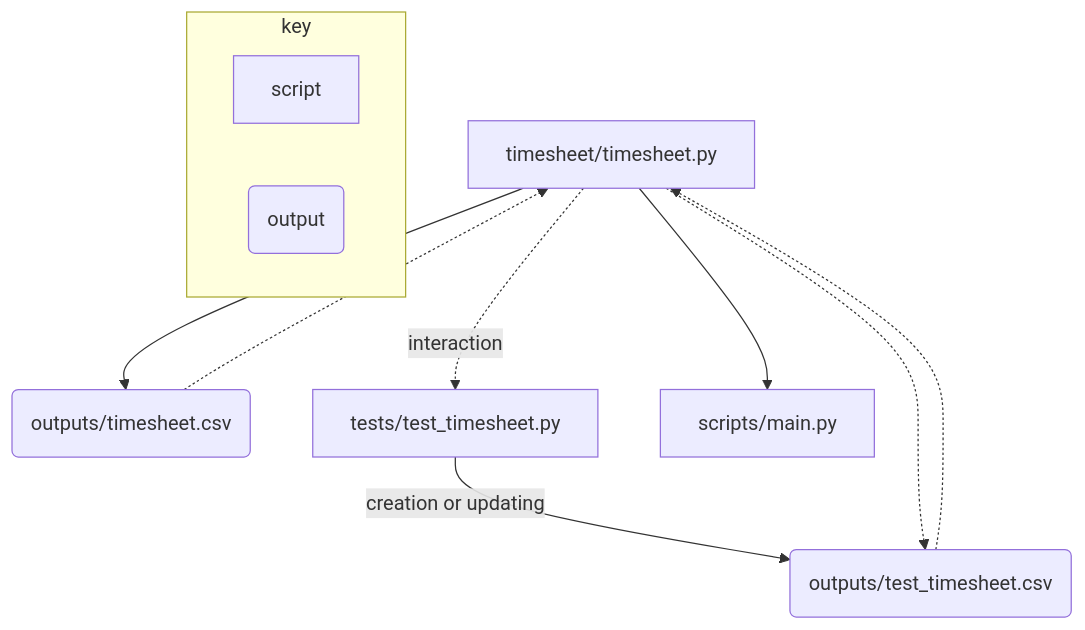
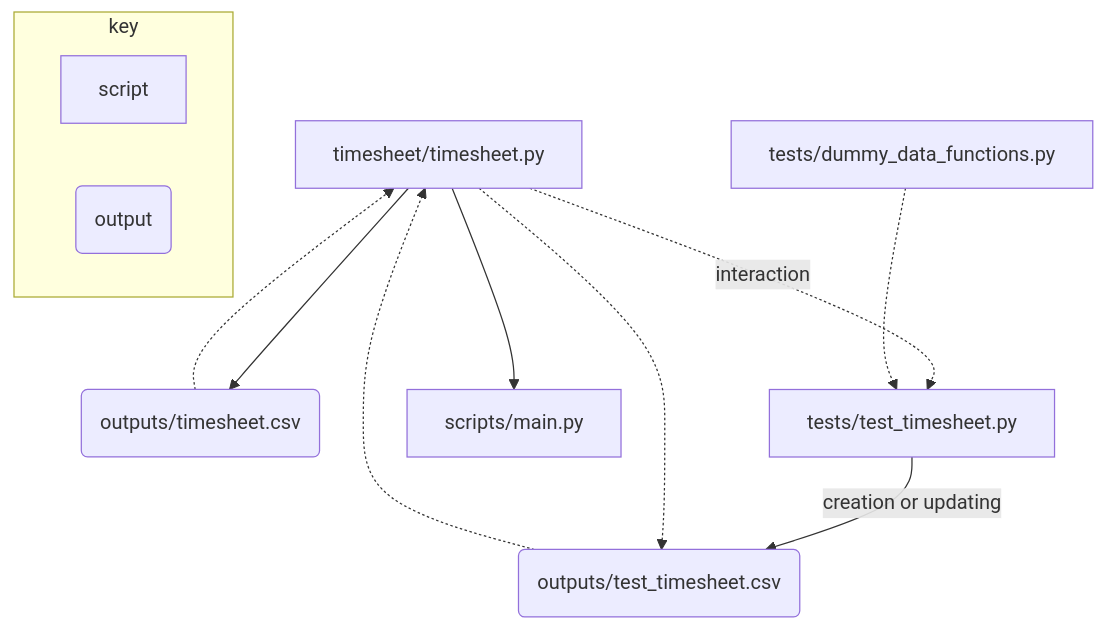
Before and after one commit to JosephCrispell/timesheet: the diagram in README.md, drawn with Mermaid.

````diff
--- a/README.md
+++ b/README.md
@@ -41,14 +41,15 @@
 ```mermaid
   graph TD
     timesheet[timesheet/timesheet.py] --> data(outputs/timesheet.csv);
     data .-> timesheet;
     timesheet .->|interaction| test_timesheet[tests/test_timesheet.py];
+    dummy_data_functions[tests/dummy_data_functions.py] .-> test_timesheet
     test_timesheet -->|creation or updating| test_data(outputs/test_timesheet.csv);
     test_data .-> timesheet;
     timesheet .-> test_data;
     timesheet --> main[scripts/main.py];
     subgraph "key"
         k1[script];
         k2(output);
     end
 ```
````
